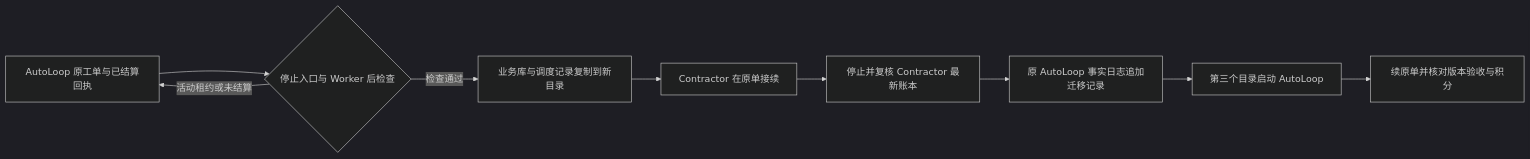
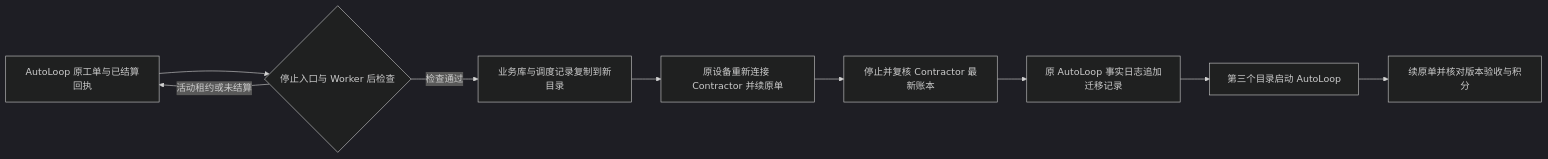
Before and after one commit to zhegong-996/Contractor: the diagram in docs/RUNTIME-MIGRATION.md, drawn with Mermaid (dark theme). The commit also changed other lines of this file and 11 other files, not shown here.

````diff
--- a/docs/RUNTIME-MIGRATION.md
+++ b/docs/RUNTIME-MIGRATION.md
@@ -24,11 +25,11 @@
 ```mermaid
 flowchart LR
   A[AutoLoop 原工单与已结算回执] --> B{停止入口与 Worker 后检查}
   B -->|活动租约或未结算| A
   B -->|检查通过| C[业务库与调度记录复制到新目录]
-  C --> D[Contractor 在原单接续]
+  C --> D[原设备重新连接 Contractor 并续原单]
   D --> E[停止并复核 Contractor 最新账本]
   E --> F[原 AutoLoop 事实日志追加迁移记录]
   F --> G[第三个目录启动 AutoLoop]
   G --> H[续原单并核对版本验收与积分]
 ```
````
